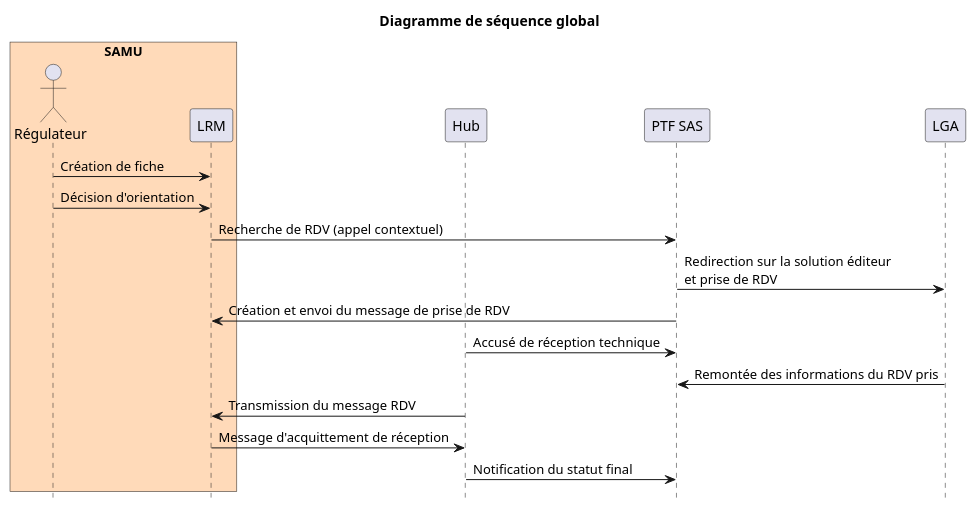
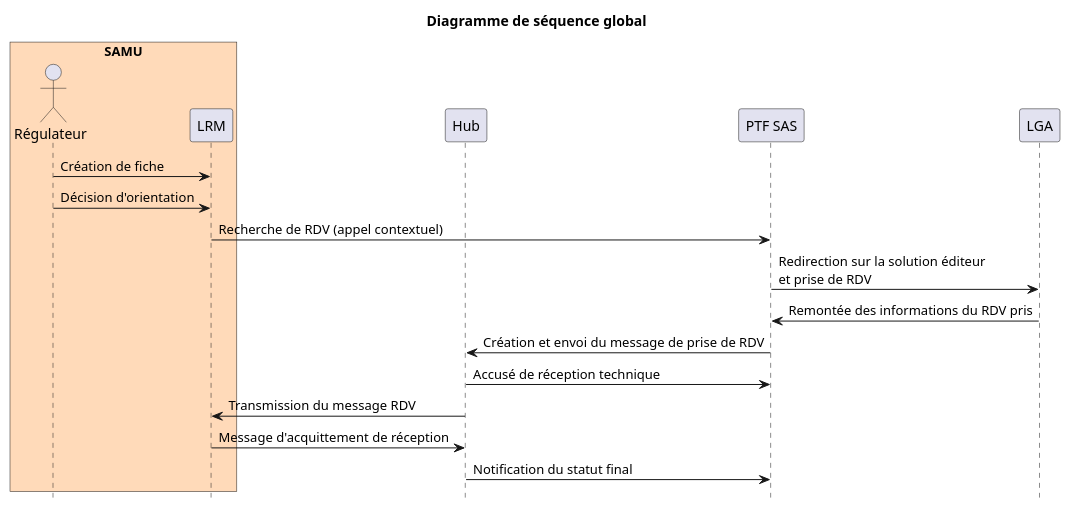
The diagram in input/images-source/diagramme_sequence_hub.plantuml (ansforge/IG-fhir-service-acces-aux-soins), drawn with PlantUML before and after one commit. The commit also changed 2 other files, not shown here.

```diff
--- a/input/images-source/diagramme_sequence_hub.plantuml
+++ b/input/images-source/diagramme_sequence_hub.plantuml
@@ -3,26 +3,26 @@
 @startuml
 title Diagramme de séquence global
 
 hide footbox
 
 box "SAMU" #PeachPuff
   actor "Régulateur" as SAMU
   participant LRM
 end box
 
 participant Hub
 participant "PTF SAS" as PTF
 participant LGA
 
 SAMU -> LRM : Création de fiche
 SAMU -> LRM : Décision d'orientation
 LRM -> PTF : Recherche de RDV (appel contextuel)
 PTF -> LGA : Redirection sur la solution éditeur\net prise de RDV
-PTF -> LRM : Création et envoi du message de prise de RDV
+LGA -> PTF : Remontée des informations du RDV pris
+PTF -> Hub : Création et envoi du message de prise de RDV
 Hub -> PTF : Accusé de réception technique
-LGA -> PTF : Remontée des informations du RDV pris
 Hub -> LRM : Transmission du message RDV
 LRM -> Hub : Message d'acquittement de réception
 Hub -> PTF : Notification du statut final
 
 @enduml
```
